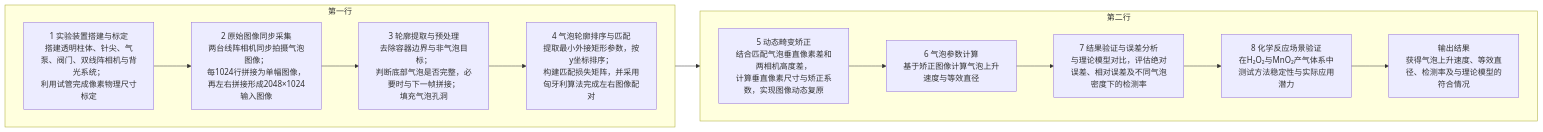
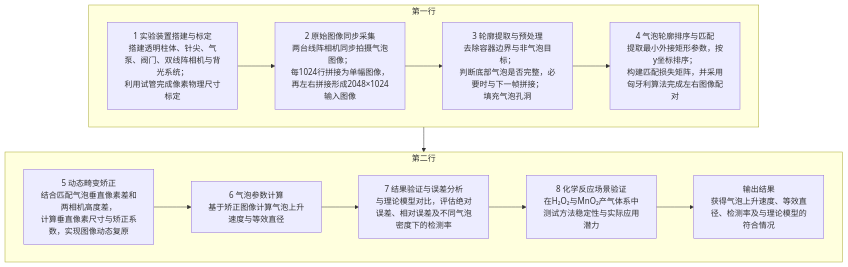
The diagram in all/未命名.md (dw5201017/iodraw-files), drawn with Mermaid before and after one commit.

Commit message:
2026-03-27 15:10:30 update

````diff
--- a/all/未命名.md
+++ b/all/未命名.md
@@ -1,23 +1,24 @@
 ```mermaid
-flowchart LR
+flowchart TB
+
     subgraph 第一行
         direction LR
         A[1 实验装置搭建与标定<br/>搭建透明柱体、针尖、气泵、阀门、双线阵相机与背光系统；<br/>利用试管完成像素物理尺寸标定]
         B[2 原始图像同步采集<br/>两台线阵相机同步拍摄气泡图像；<br/>每1024行拼接为单幅图像，再左右拼接形成2048×1024输入图像]
         C[3 轮廓提取与预处理<br/>去除容器边界与非气泡目标；<br/>判断底部气泡是否完整，必要时与下一帧拼接；<br/>填充气泡孔洞]
         D[4 气泡轮廓排序与匹配<br/>提取最小外接矩形参数，按y坐标排序；<br/>构建匹配损失矩阵，并采用匈牙利算法完成左右图像配对]
         A --> B --> C --> D
     end
 
     subgraph 第二行
         direction LR
         E[5 动态畸变矫正<br/>结合匹配气泡垂直像素差和两相机高度差，<br/>计算垂直像素尺寸与矫正系数，实现图像动态复原]
         F[6 气泡参数计算<br/>基于矫正图像计算气泡上升速度与等效直径]
         G[7 结果验证与误差分析<br/>与理论模型对比，评估绝对误差、相对误差及不同气泡密度下的检测率]
         H[8 化学反应场景验证<br/>在H₂O₂与MnO₂产气体系中测试方法稳定性与实际应用潜力]
         I[输出结果<br/>获得气泡上升速度、等效直径、检测率及与理论模型的符合情况]
         E --> F --> G --> H --> I
     end
 
     D --> E
 ```
````
